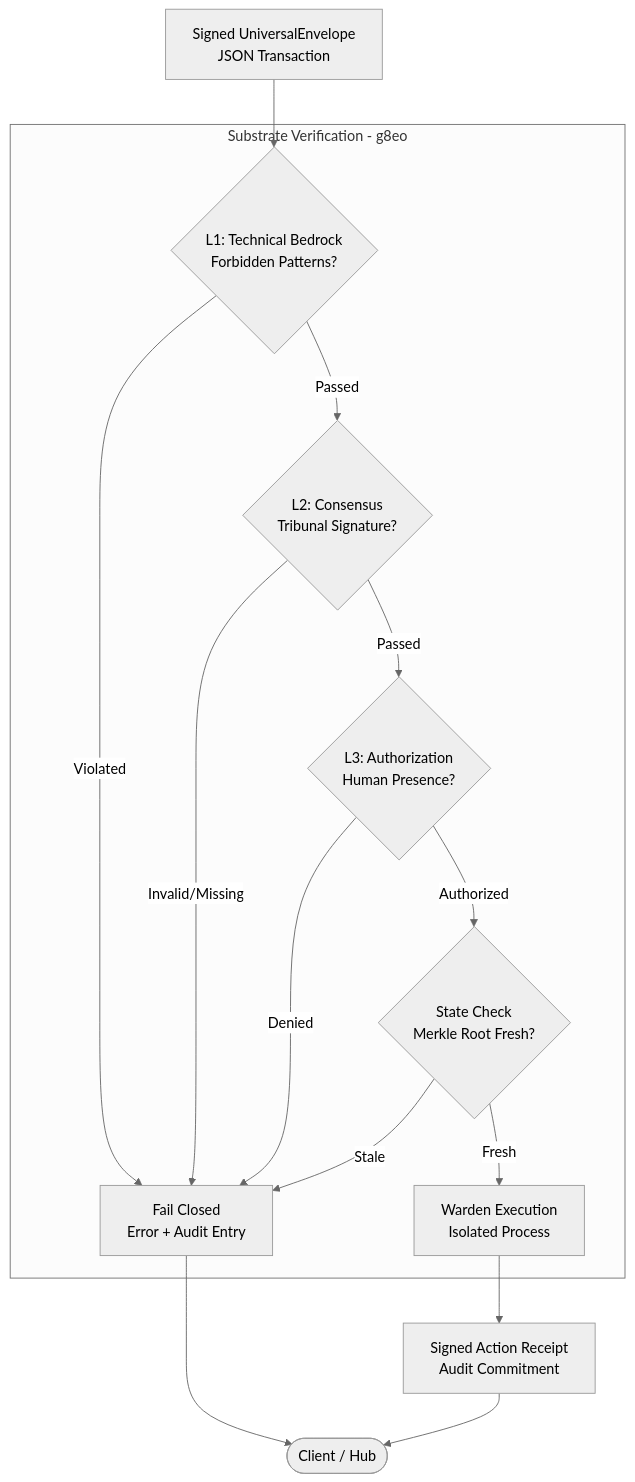
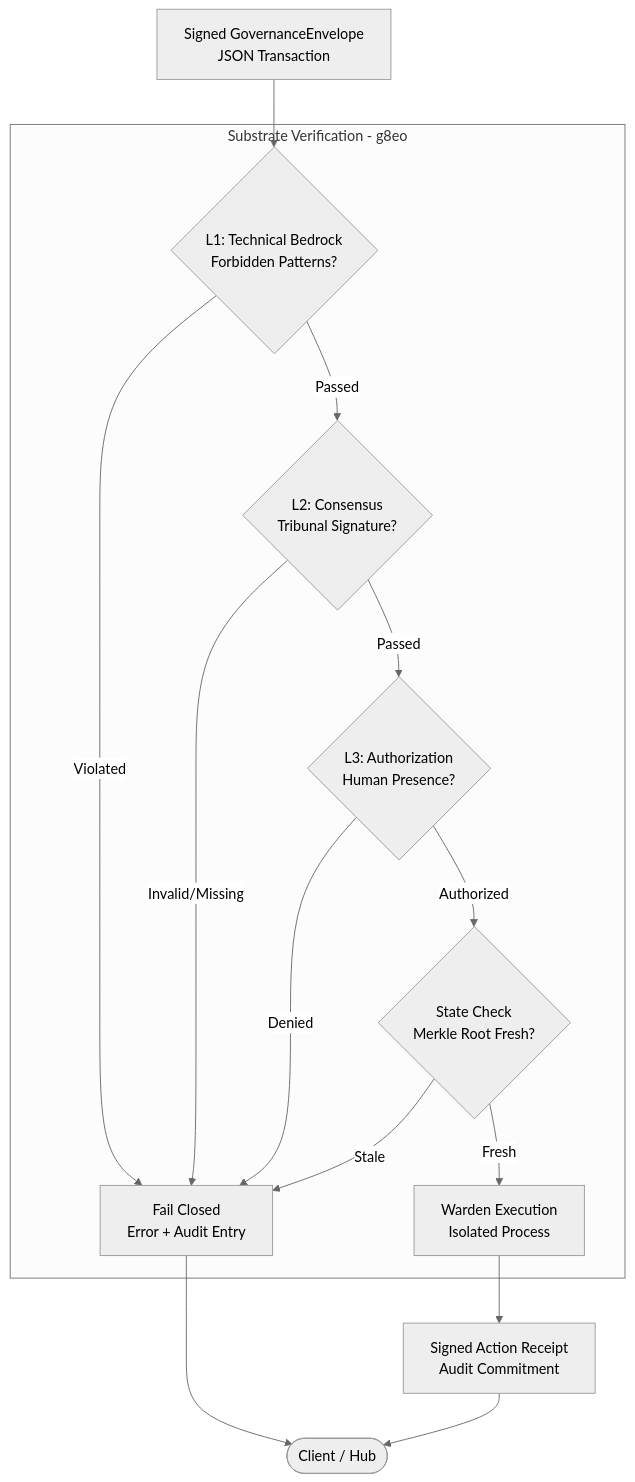
One commit to g8e-ai/g8e changed the first of 2 diagrams in README.md. Above: the diagram before and after it, drawn with Mermaid (neutral theme). The commit also changed other lines of this file and 36 other files, not shown here.

Commit message:
GovernanceEnvelope

````diff
--- a/README.md
+++ b/README.md
@@ -38,24 +38,24 @@
 ```mermaid
 flowchart TD
-    TX[Signed UniversalEnvelope<br>JSON Transaction] --> L1
+    TX[Signed GovernanceEnvelope<br>JSON Transaction] --> L1
     
     subgraph Substrate [Substrate Verification - g8eo]
         L1{L1: Technical Bedrock<br>Forbidden Patterns?}
         L1 -- "Violated" --> Reject
         
         L1 -- "Passed" --> L2{L2: Consensus<br>Tribunal Signature?}
         L2 -- "Invalid/Missing" --> Reject
         
         L2 -- "Passed" --> L3{L3: Authorization<br>Human Presence?}
         L3 -- "Denied" --> Reject
         
         L3 -- "Authorized" --> State{State Check<br>Merkle Root Fresh?}
         State -- "Stale" --> Reject
         
         State -- "Fresh" --> Exec[Warden Execution<br>Isolated Process]
     end
     
     Exec --> Receipt[Signed Action Receipt<br>Audit Commitment]
     Reject[Fail Closed<br>Error + Audit Entry] --> Client
     Receipt --> Client([Client / Hub])
 ```
````
